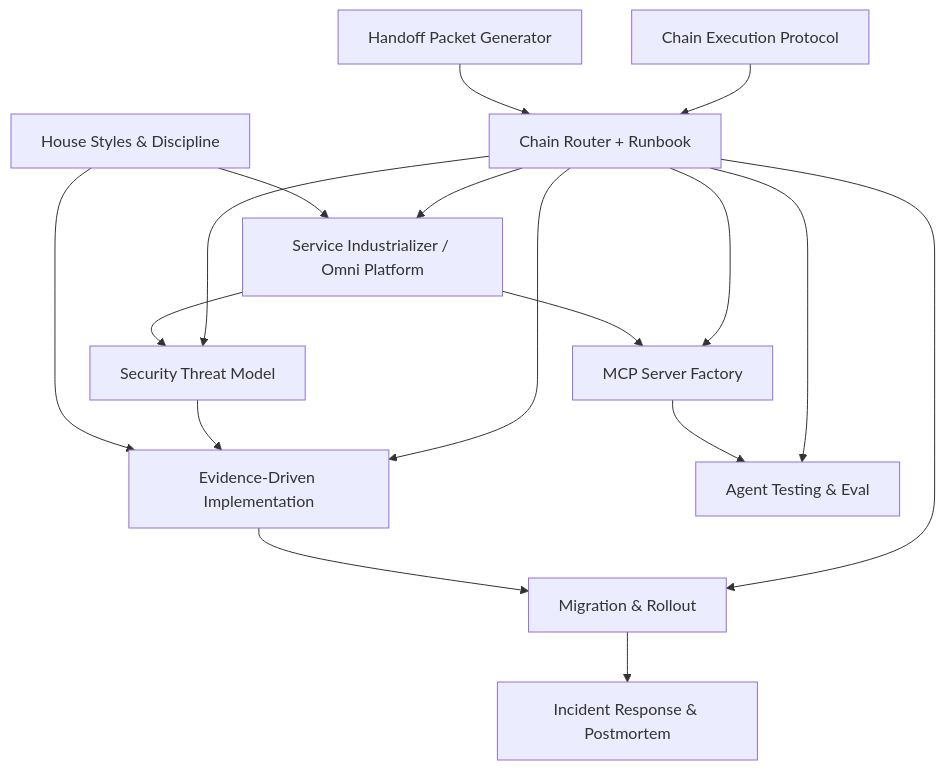
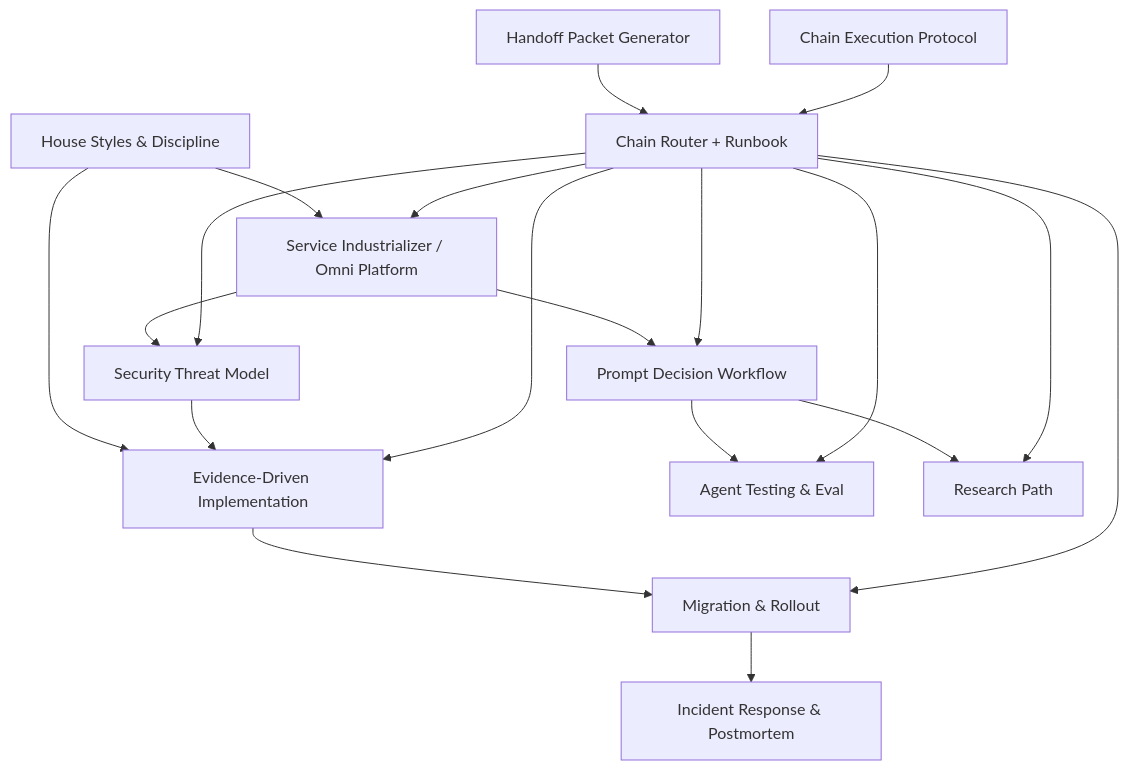
The diagram in library/book/ONTOLOGY.md (St-Expedite-Press/we-live-inside-a-dream), drawn with Mermaid before and after one commit. The commit also changed other lines of this file and 109 other files, not shown here.

Commit message:
Refactor library to graph-native workflow and add branch-aware agent specs

````diff
--- a/library/book/ONTOLOGY.md
+++ b/library/book/ONTOLOGY.md
@@ -42,19 +42,21 @@
 ```mermaid
 graph TD
   HS[House Styles & Discipline] --> IMPL[Evidence-Driven Implementation]
   HS --> SRV[Service Industrializer / Omni Platform]
   IMPL --> ROL[Migration & Rollout]
-  SRV --> MCP[MCP Server Factory]
-  MCP --> EVAL[Agent Testing & Eval]
+  SRV --> DEC[Prompt Decision Workflow]
+  DEC --> EVAL[Agent Testing & Eval]
+  DEC --> RES[Research Path]
   SRV --> SEC[Security Threat Model]
   SEC --> IMPL
   ROL --> OPS[Incident Response & Postmortem]
   ROUTER[Chain Router + Runbook] --> IMPL
   ROUTER --> SRV
-  ROUTER --> MCP
+  ROUTER --> DEC
+  ROUTER --> RES
   ROUTER --> SEC
   ROUTER --> ROL
   ROUTER --> EVAL
   HANDOFF[Handoff Packet Generator] --> ROUTER
   PROTO[Chain Execution Protocol] --> ROUTER
 ```
````
